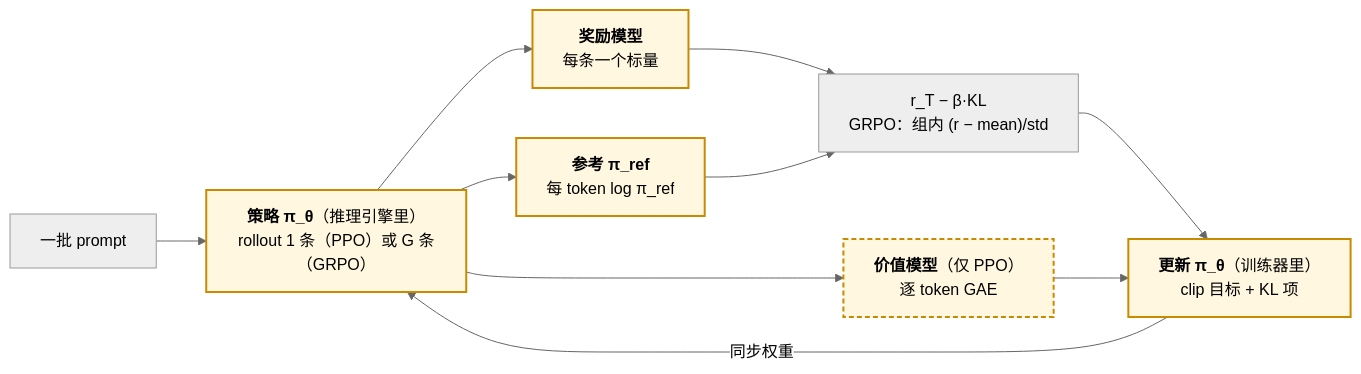
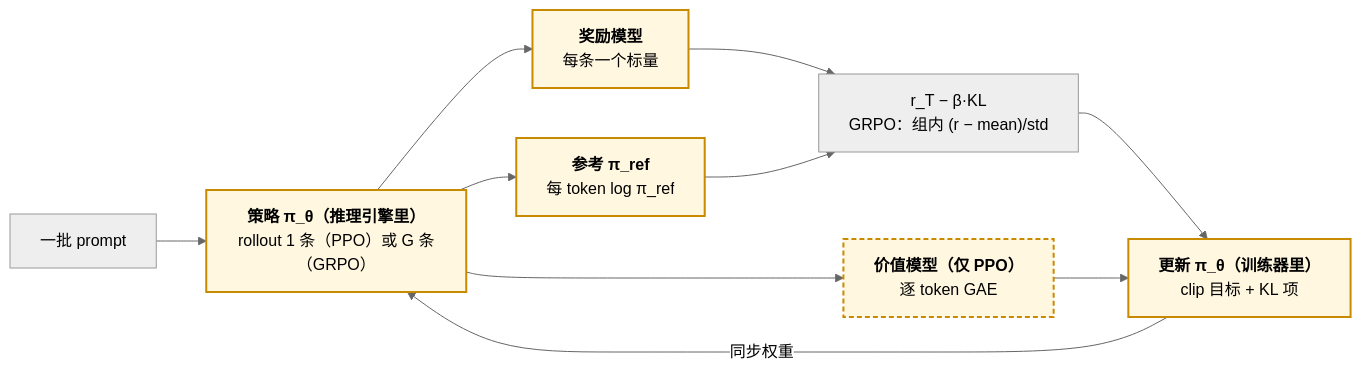
The fourth of 7 diagrams in slides/2026-04-23-post-training.md (arganzheng/arganzheng.github.com), drawn with Mermaid (neutral theme) before and after one commit.

Commit message:
后训练 幻灯片：Mermaid 方框标题的括注移进 </b>，标题样式才生效
写成 `<b>标题</b>（第七章）<br/>` 时 `nodeTitles()` 的 TITLE_RE 不匹配（它要求
`</b>` 紧跟 `<br/>`），整行按正文渲染；而且那一行读起来是「标题（第七章）」，
却只有括号前是粗体。

````diff
--- a/slides/2026-04-23-post-training.md
+++ b/slides/2026-04-23-post-training.md
@@ -144,13 +144,13 @@
 ```mermaid
 %%{init: {"flowchart": {"wrappingWidth": 200}}}%%
 flowchart LR
-    X["一批 prompt"] --> POL["<b>策略 π_θ</b>（推理引擎里）<br/>rollout 1 条（PPO）或 G 条（GRPO）"]
-    POL --> RM["<b>奖励模型</b><br/>每条一个标量"] & REF["<b>参考 π_ref</b><br/>每 token log π_ref"] & V["<b>价值模型</b>（仅 PPO）<br/>逐 token GAE"]
+    X["一批 prompt"] --> POL["<b>策略 π_θ（推理引擎里）</b><br/>rollout 1 条（PPO）或 G 条（GRPO）"]
+    POL --> RM["<b>奖励模型</b><br/>每条一个标量"] & REF["<b>参考 π_ref</b><br/>每 token log π_ref"] & V["<b>价值模型（仅 PPO）</b><br/>逐 token GAE"]
     RM & REF --> SH["r_T − β·KL<br/>GRPO：组内 (r − mean)/std"]
-    SH & V --> UPD["<b>更新 π_θ</b>（训练器里）<br/>clip 目标 + KL 项"]
+    SH & V --> UPD["<b>更新 π_θ（训练器里）</b><br/>clip 目标 + KL 项"]
     UPD -- "同步权重" --> POL
     classDef model fill:#fff7e0,stroke:#c98a00,stroke-width:2px
     classDef ppo fill:#fff7e0,stroke:#c98a00,stroke-width:2px,stroke-dasharray:5 3
     class POL,RM,REF,UPD model
     class V ppo
 ```
````
